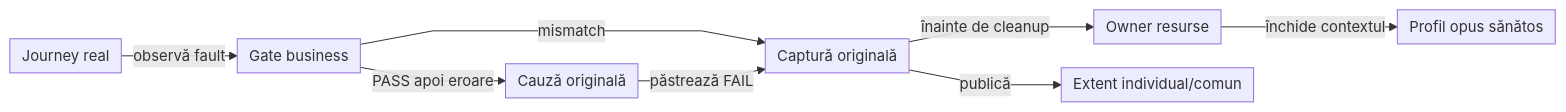
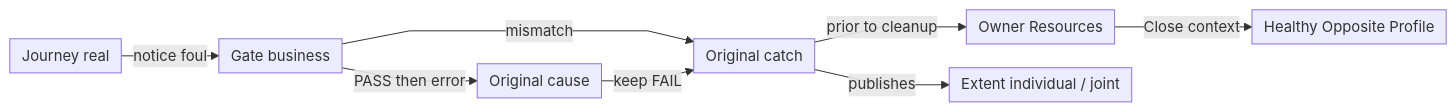
The second of 2 diagrams in docs/ATF_Context_Atlas.md (crististefanita/atf_j0), drawn with Mermaid before and after one commit. The commit also changed other lines of this file and 113 other files, not shown here.

````diff
--- a/docs/ATF_Context_Atlas.md
+++ b/docs/ATF_Context_Atlas.md
@@ -131,11 +135,11 @@
 ```mermaid
 %%{init: {"themeVariables":{"fontSize":"15px"},"themeCSS":".nodeLabel, .nodeLabel p { font-size: 15px !important; line-height: 1.35 !important; } .edgeLabel, .edgeLabel p { font-size: 12px !important; font-weight: 400 !important; line-height: 1.2 !important; } .edgeLabel .labelBkg, .edgeLabel p { background: transparent !important; } .edgeLabel foreignObject { transform: translateY(-18px); overflow: visible; } .node rect { rx: 6px; ry: 6px; }","flowchart":{"curve":"linear","nodeSpacing":24,"rankSpacing":24,"padding":6,"diagramPadding":20}}}%%
 flowchart LR
-    Journey["Journey real"] -->|observă fault| Gate["Gate business"]
-    Gate -->|mismatch| Evidence["Captură originală"]
-    Gate -->|PASS apoi eroare| Failure["Cauză originală"]
-    Failure -->|păstrează FAIL| Evidence
-    Evidence -->|înainte de cleanup| Owner["Owner resurse"]
-    Owner -->|închide contextul| Next["Profil opus sănătos"]
-    Evidence -->|publică| Report["Extent individual/comun"]
+    Journey["Journey real"] -->|notice foul| Gate["Gate business"]
+    Gate -->|mismatch| Evidence["Original catch"]
+    Gate -->|PASS then error| Failure["Original cause"]
+    Failure -->|keep FAIL| Evidence
+    Evidence -->|prior to cleanup| Owner["Owner Resources"]
+    Owner -->|Close context| Next["Healthy Opposite Profile"]
+    Evidence -->|publishes| Report["Extent individual / joint"]
 ```
````
